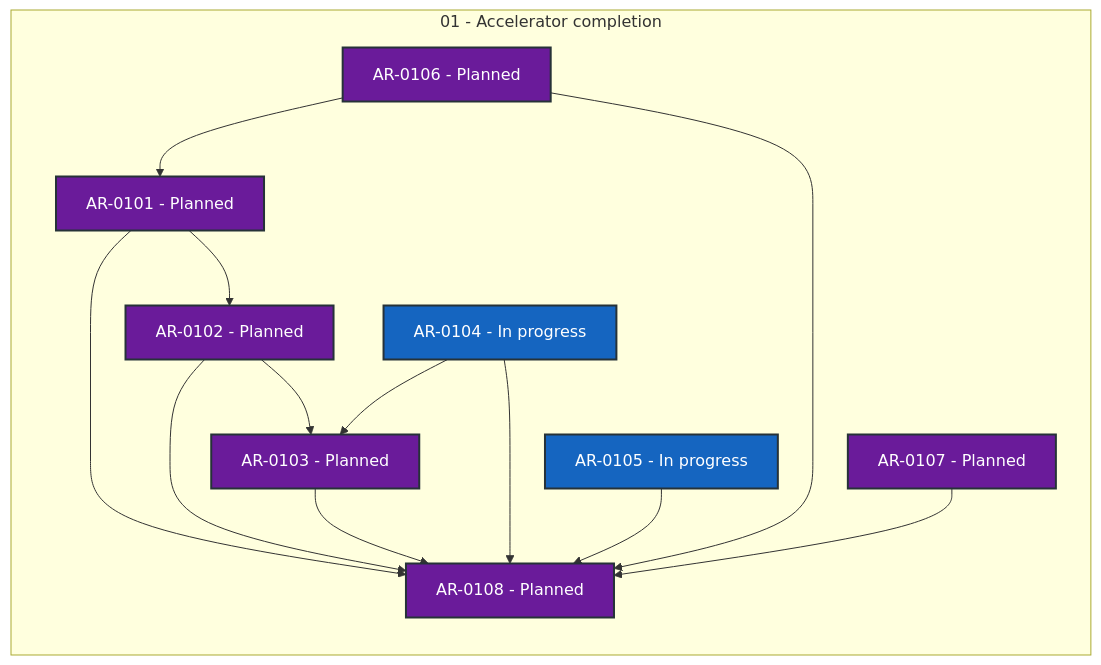
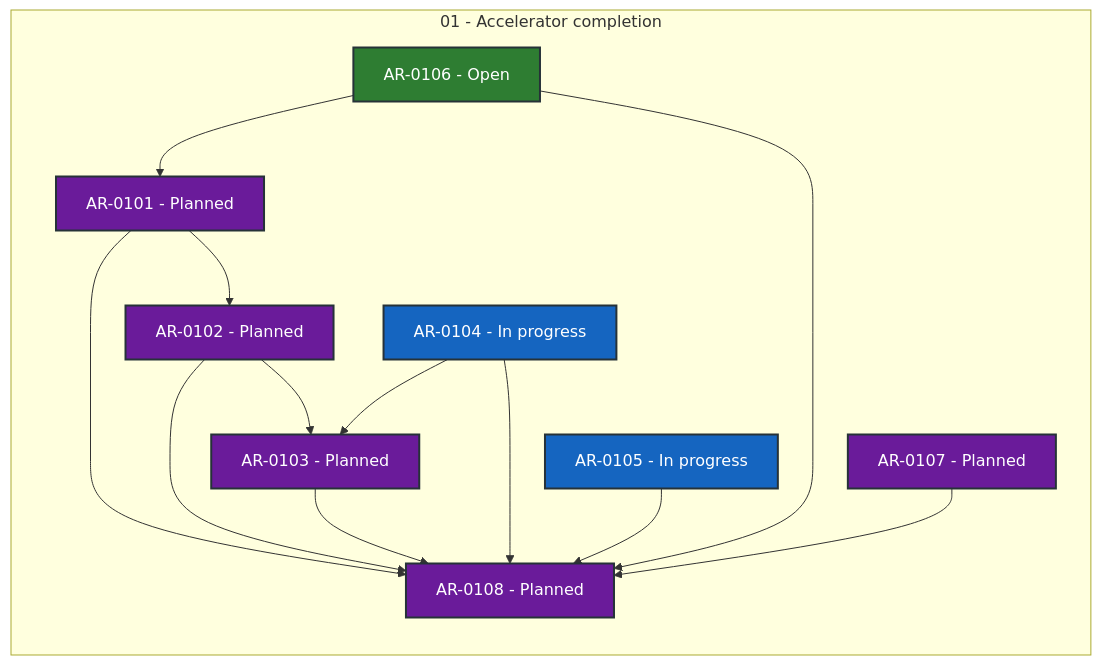
The diagram in coordination/STATUS.md (locutus3009/exgame), drawn with Mermaid before and after one commit. The commit also changed other lines of this file and 2 other files, not shown here.

````diff
--- a/coordination/STATUS.md
+++ b/coordination/STATUS.md
@@ -28,34 +28,34 @@
 ```mermaid
 flowchart LR
     subgraph series_01["01 - Accelerator completion"]
         direction TB
         AR_0101["AR-0101 - Planned"]:::status_planned
         AR_0102["AR-0102 - Planned"]:::status_planned
         AR_0103["AR-0103 - Planned"]:::status_planned
         AR_0104["AR-0104 - In progress"]:::status_in_progress
         AR_0105["AR-0105 - In progress"]:::status_in_progress
-        AR_0106["AR-0106 - Planned"]:::status_planned
+        AR_0106["AR-0106 - Open"]:::status_open
         AR_0107["AR-0107 - Planned"]:::status_planned
         AR_0108["AR-0108 - Planned"]:::status_planned
     end
     AR_0101 --> AR_0102
     AR_0101 --> AR_0108
     AR_0102 --> AR_0103
     AR_0102 --> AR_0108
     AR_0103 --> AR_0108
     AR_0104 --> AR_0103
     AR_0104 --> AR_0108
     AR_0105 --> AR_0108
     AR_0106 --> AR_0101
     AR_0106 --> AR_0108
     AR_0107 --> AR_0108
     classDef status_in_progress fill:#1565c0,color:#ffffff,stroke:#263238,stroke-width:2px
     classDef status_in_review fill:#ad1457,color:#ffffff,stroke:#263238,stroke-width:2px
     classDef status_open fill:#2e7d32,color:#ffffff,stroke:#263238,stroke-width:2px
     classDef status_blocked fill:#c62828,color:#ffffff,stroke:#263238,stroke-width:2px
     classDef status_planned fill:#6a1b9a,color:#ffffff,stroke:#263238,stroke-width:2px
     classDef status_future fill:#455a64,color:#ffffff,stroke:#263238,stroke-width:2px
     classDef status_done fill:#00695c,color:#ffffff,stroke:#263238,stroke-width:2px
     classDef status_cancelled fill:#616161,color:#ffffff,stroke:#263238,stroke-width:2px
     classDef status_superseded fill:#5d4037,color:#ffffff,stroke:#263238,stroke-width:2px
 ```
````
